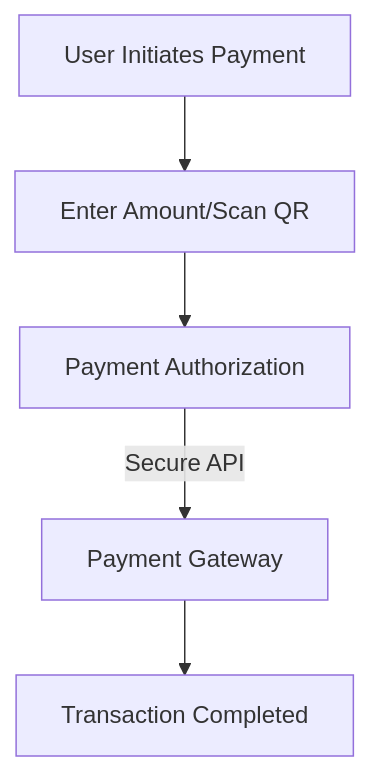
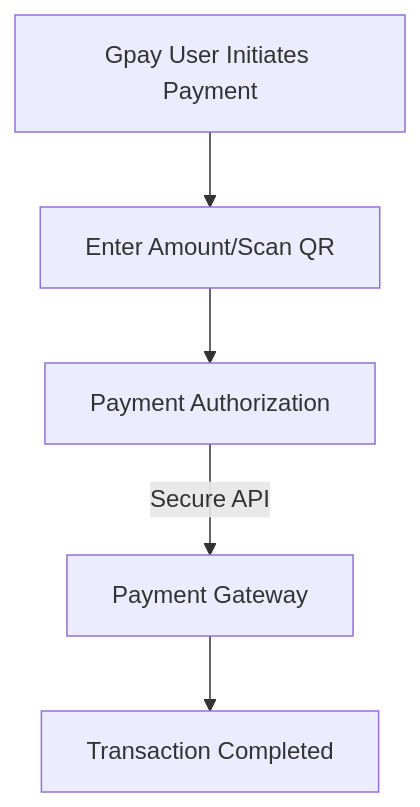
One commit to IIITLucknowSWEngg/CSAICSBTeam017 changed the second of 6 diagrams in Assignment/project.md. Above: the diagram before and after it, drawn with Mermaid. The commit also changed other lines of this file and 7 other files, not shown here.

Commit message:
user to gpay user

````diff
--- a/Assignment/project.md
+++ b/Assignment/project.md
@@ -45,7 +45,7 @@
 ```mermaid
 graph TD
-    A[User Initiates Payment] --> B[Enter Amount/Scan QR]
+    A[Gpay User Initiates Payment] --> B[Enter Amount/Scan QR]
     B --> C[Payment Authorization]
     C -->|Secure API| D[Payment Gateway]
     D --> E[Transaction Completed]
 ```
````
